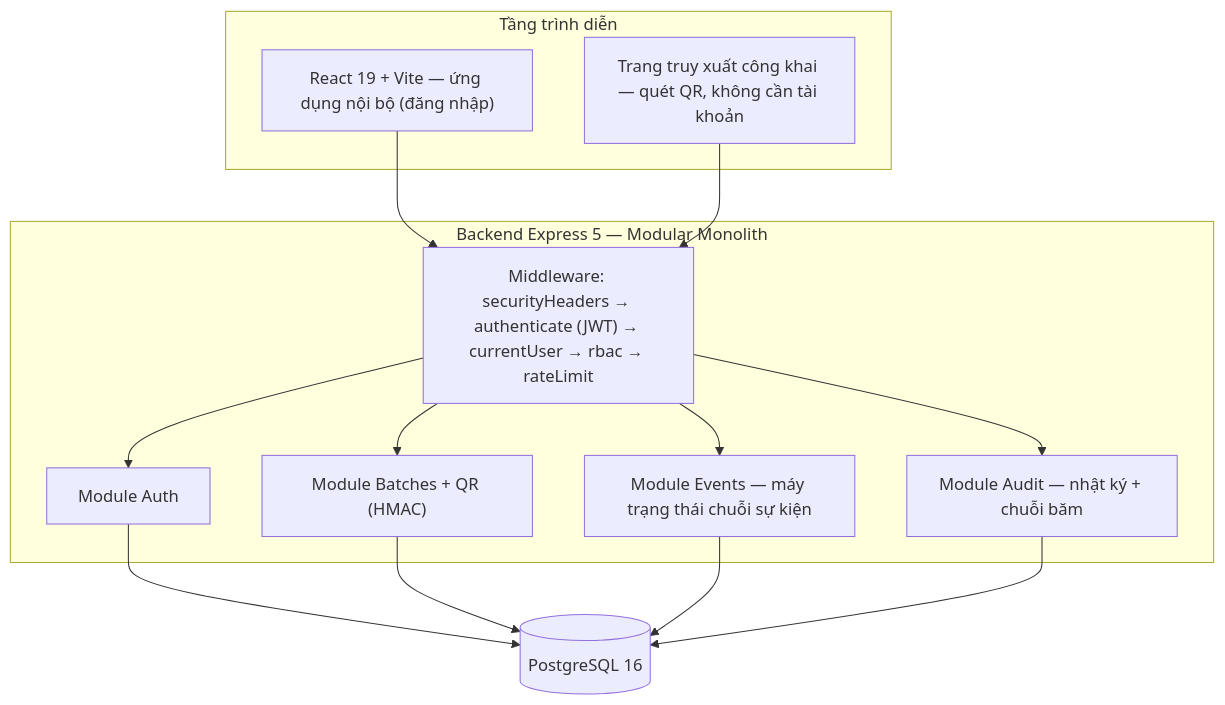
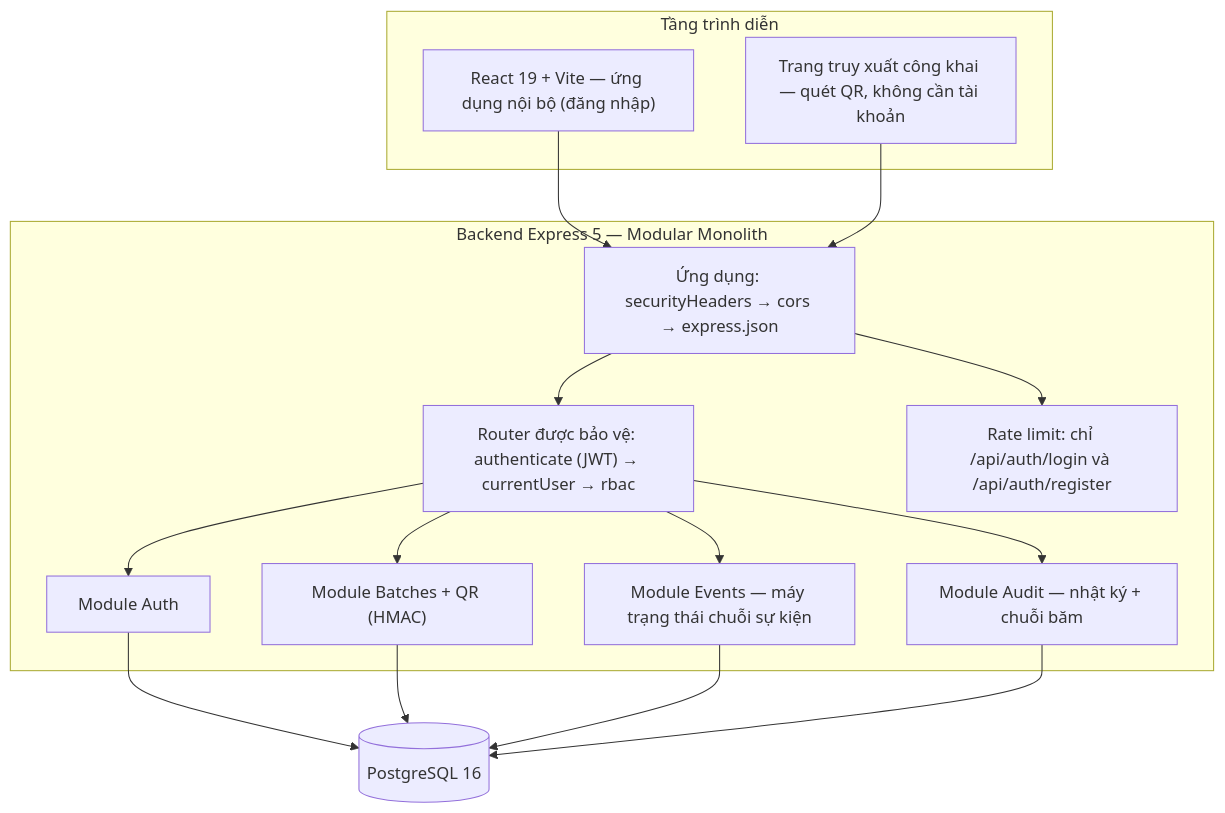
One commit to hbao06/food-supply-chain-traceability-portal changed the diagram in docs/architecture.md. Above: the diagram before and after it, drawn with Mermaid. The commit also changed other lines of this file and 1 other file, not shown here.

Commit message:
docs: correct architecture notes and record TC-QR statuses in the test plan

````diff
--- a/docs/architecture.md
+++ b/docs/architecture.md
@@ -15,25 +15,29 @@
 ```mermaid
 flowchart TB
   subgraph Client["Tầng trình diễn"]
     FE["React 19 + Vite — ứng dụng nội bộ (đăng nhập)"]
     PUB["Trang truy xuất công khai — quét QR, không cần tài khoản"]
   end
   subgraph API["Backend Express 5 — Modular Monolith"]
-    MW["Middleware: securityHeaders → authenticate (JWT) → currentUser → rbac → rateLimit"]
+    MW["Ứng dụng: securityHeaders → cors → express.json"]
+    AUTHN["Router được bảo vệ: authenticate (JWT) → currentUser → rbac"]
+    RL["Rate limit: chỉ /api/auth/login và /api/auth/register"]
     AUTH["Module Auth"]
     BATCH["Module Batches + QR (HMAC)"]
     EVT["Module Events — máy trạng thái chuỗi sự kiện"]
     AUD["Module Audit — nhật ký + chuỗi băm"]
   end
   DB[("PostgreSQL 16")]
   FE --> MW
   PUB --> MW
-  MW --> AUTH
-  MW --> BATCH
-  MW --> EVT
-  MW --> AUD
+  MW --> AUTHN
+  AUTHN --> AUTH
+  AUTHN --> BATCH
+  AUTHN --> EVT
+  AUTHN --> AUD
+  MW --> RL
   AUTH --> DB
   BATCH --> DB
   EVT --> DB
   AUD --> DB
 ```
````
